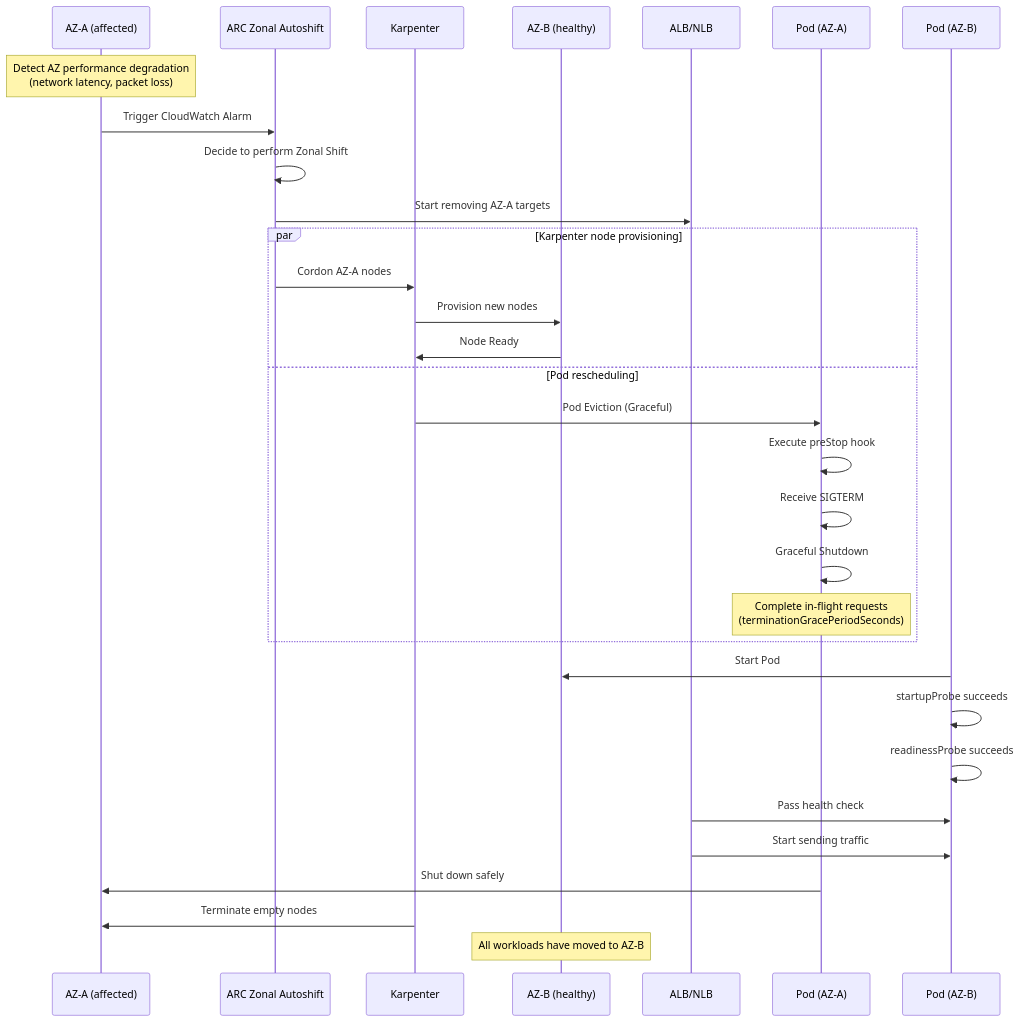
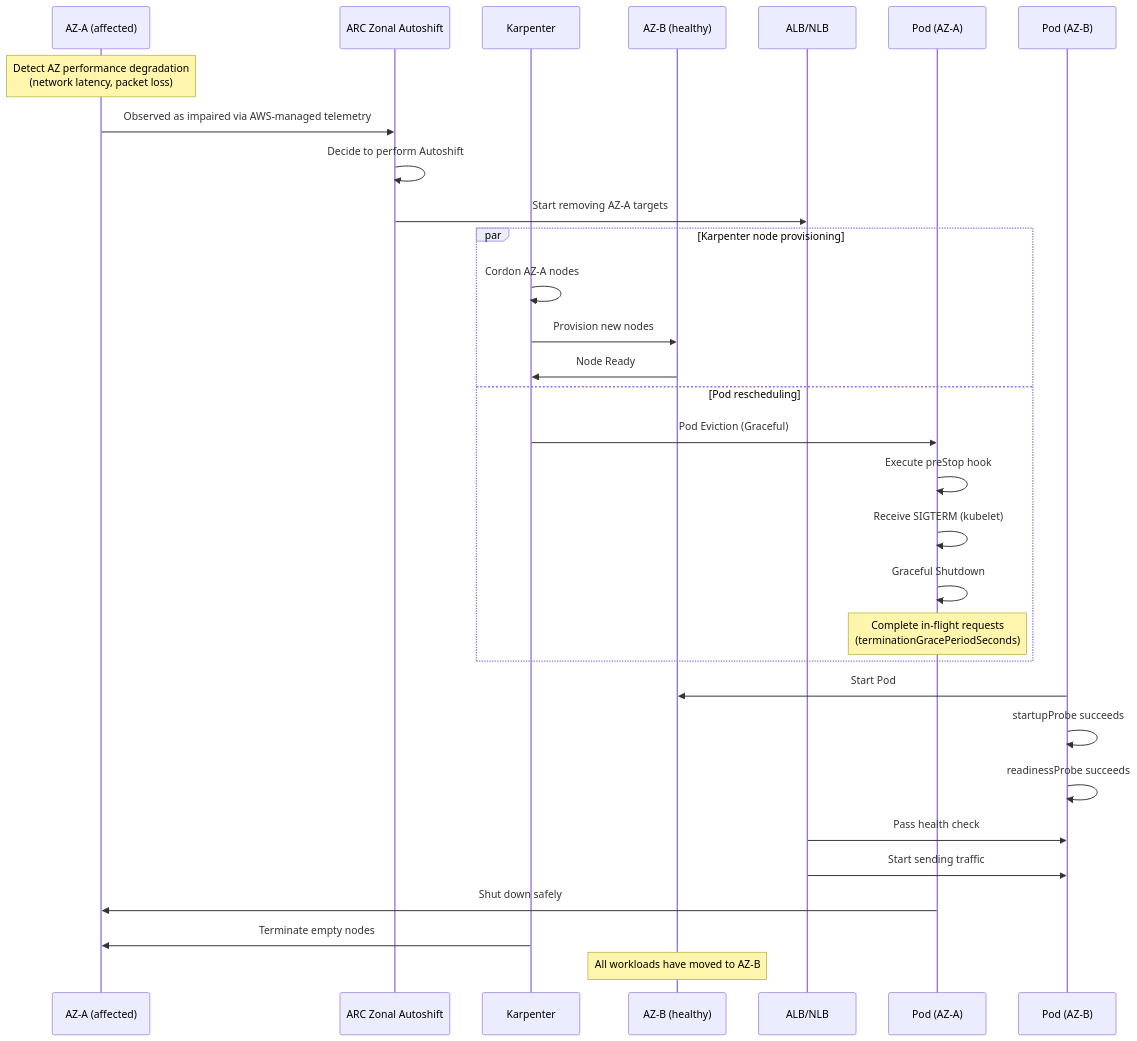
One commit to devfloor9/engineering-playbook changed the second of 2 diagrams in docs/eks-best-practices/operations-reliability/pod-lifecycle/shutdown-karpenter.md. Above: the diagram before and after it, drawn with Mermaid. The commit also changed other lines of this file and 3 other files, not shown here.

First line of the commit message:
docs(eks-best-practices): #98 감사 교정 g98-pod-lifecycle-2-u2 -- ARC/Karpenter/언어별 종료 예제 (KO/EN)

````diff
--- a/docs/eks-best-practices/operations-reliability/pod-lifecycle/shutdown-karpenter.md
+++ b/docs/eks-best-practices/operations-reliability/pod-lifecycle/shutdown-karpenter.md
@@ -103,39 +106,39 @@
 ```mermaid
 sequenceDiagram
     participant AZ_A as AZ-A (affected)
     participant ARC as ARC Zonal Autoshift
     participant Karpenter
     participant AZ_B as AZ-B (healthy)
     participant LB as ALB/NLB
     participant Pod_Old as Pod (AZ-A)
     participant Pod_New as Pod (AZ-B)
 
     Note over AZ_A: Detect AZ performance degradation<br/>(network latency, packet loss)
 
-    AZ_A->>ARC: Trigger CloudWatch Alarm
-    ARC->>ARC: Decide to perform Zonal Shift
+    AZ_A->>ARC: Observed as impaired via AWS-managed telemetry
+    ARC->>ARC: Decide to perform Autoshift
     ARC->>LB: Start removing AZ-A targets
 
     par Karpenter node provisioning
-        ARC->>Karpenter: Cordon AZ-A nodes
+        Karpenter->>Karpenter: Cordon AZ-A nodes
         Karpenter->>AZ_B: Provision new nodes
         AZ_B->>Karpenter: Node Ready
     and Pod rescheduling
         Karpenter->>Pod_Old: Pod Eviction (Graceful)
         Pod_Old->>Pod_Old: Execute preStop hook
-        Pod_Old->>Pod_Old: Receive SIGTERM
+        Pod_Old->>Pod_Old: Receive SIGTERM (kubelet)
         Pod_Old->>Pod_Old: Graceful Shutdown
         Note over Pod_Old: Complete in-flight requests<br/>(terminationGracePeriodSeconds)
     end
 
     Pod_New->>AZ_B: Start Pod
     Pod_New->>Pod_New: startupProbe succeeds
     Pod_New->>Pod_New: readinessProbe succeeds
     LB->>Pod_New: Pass health check
     LB->>Pod_New: Start sending traffic
 
     Pod_Old->>AZ_A: Shut down safely
     Karpenter->>AZ_A: Terminate empty nodes
 
     Note over AZ_B: All workloads have moved to AZ-B
 ```
````
